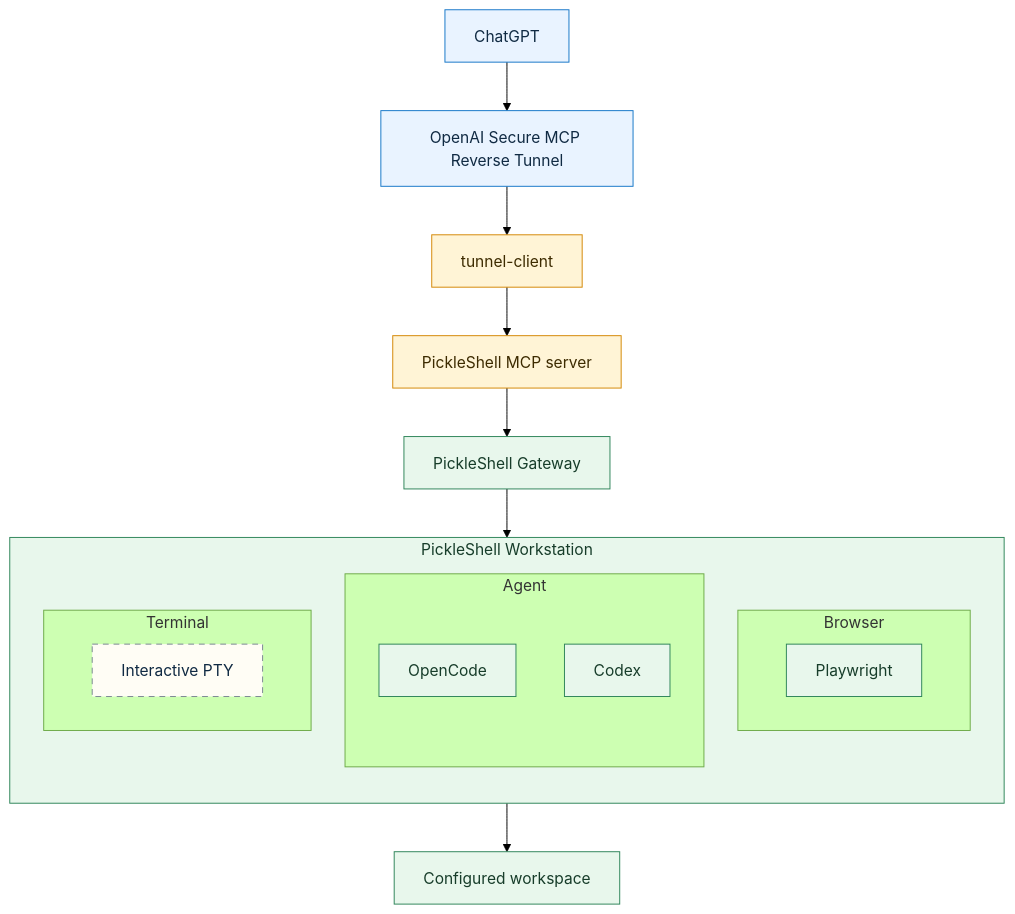
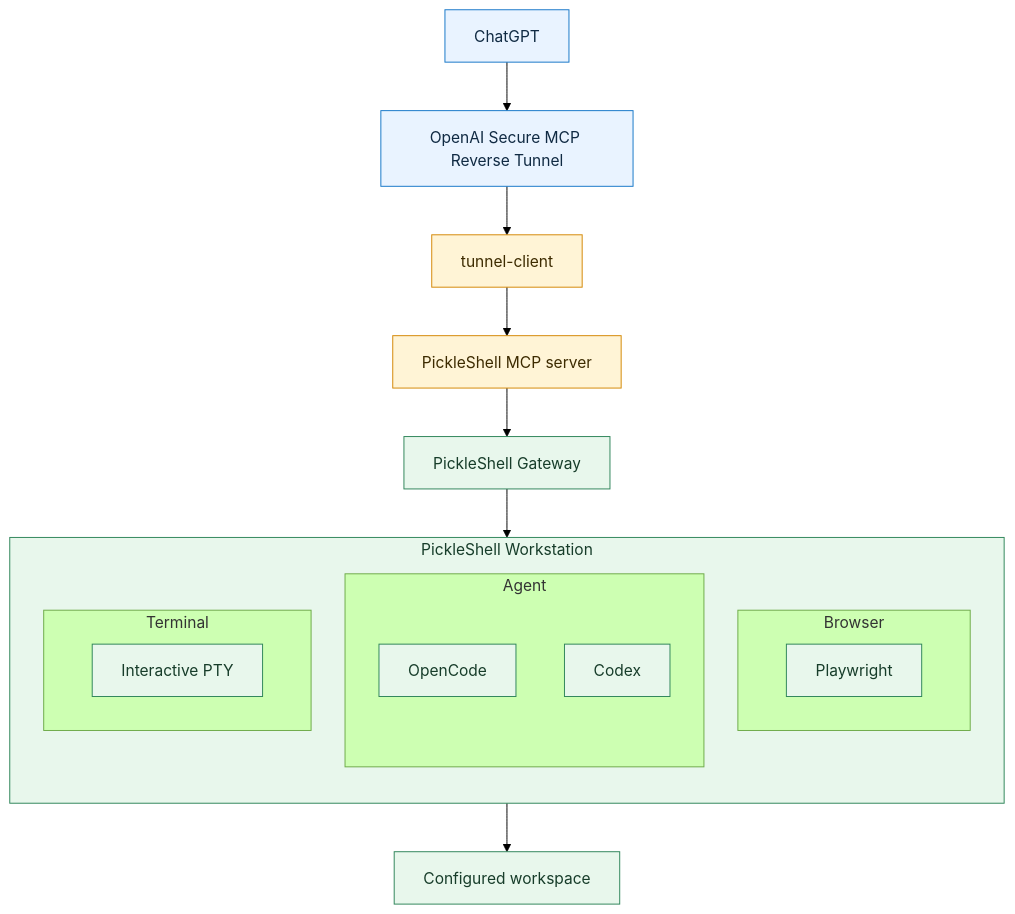
One commit to pickleshell/pickleshell changed the first of 2 diagrams in README.md. Above: the diagram before and after it, drawn with Mermaid (forest theme). The commit also changed other lines of this file and 10 other files, not shown here.

````diff
--- a/README.md
+++ b/README.md
@@ -103,33 +112,32 @@
 ```mermaid
 flowchart TD
     A["ChatGPT"] --> B["OpenAI Secure MCP Reverse Tunnel"]
     B --> C["tunnel-client"]
     C --> D["PickleShell MCP server"]
     D --> E["PickleShell Gateway"]
 
     subgraph SVC["PickleShell Workstation"]
         direction TB
         subgraph SVCB["Browser"]
             PW["Playwright"]:::impl
         end
         subgraph SVCA["Agent"]
             OC["OpenCode"]:::impl
             CX["Codex"]:::impl
         end
         subgraph SVCT["Terminal"]
-            TTY["Interactive PTY"]:::planned
+            TTY["Interactive PTY"]:::impl
         end
     end
 
     E --> SVC
     OC --> WS["Configured workspace"]
 
     classDef cloud fill:#e9f3ff,stroke:#1677c8,color:#102a43
     classDef bridge fill:#fff4d6,stroke:#d48806,color:#3d2b00
     classDef local fill:#e8f7ec,stroke:#2f855a,color:#173d2a
     classDef impl fill:#e8f7ec,stroke:#2f855a,color:#173d2a
-    classDef planned fill:#fffdf5,stroke:#7b8794,color:#102a43,stroke-dasharray: 6 5
     class A,B cloud
     class C,D bridge
     class E,SVC,WS local
 ```
````
